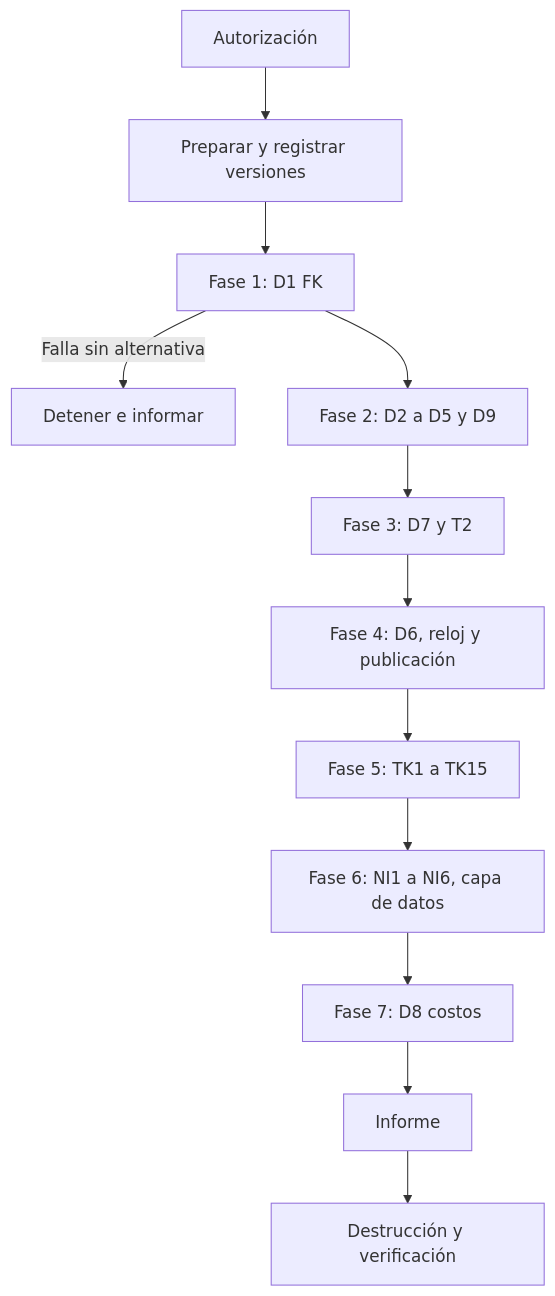
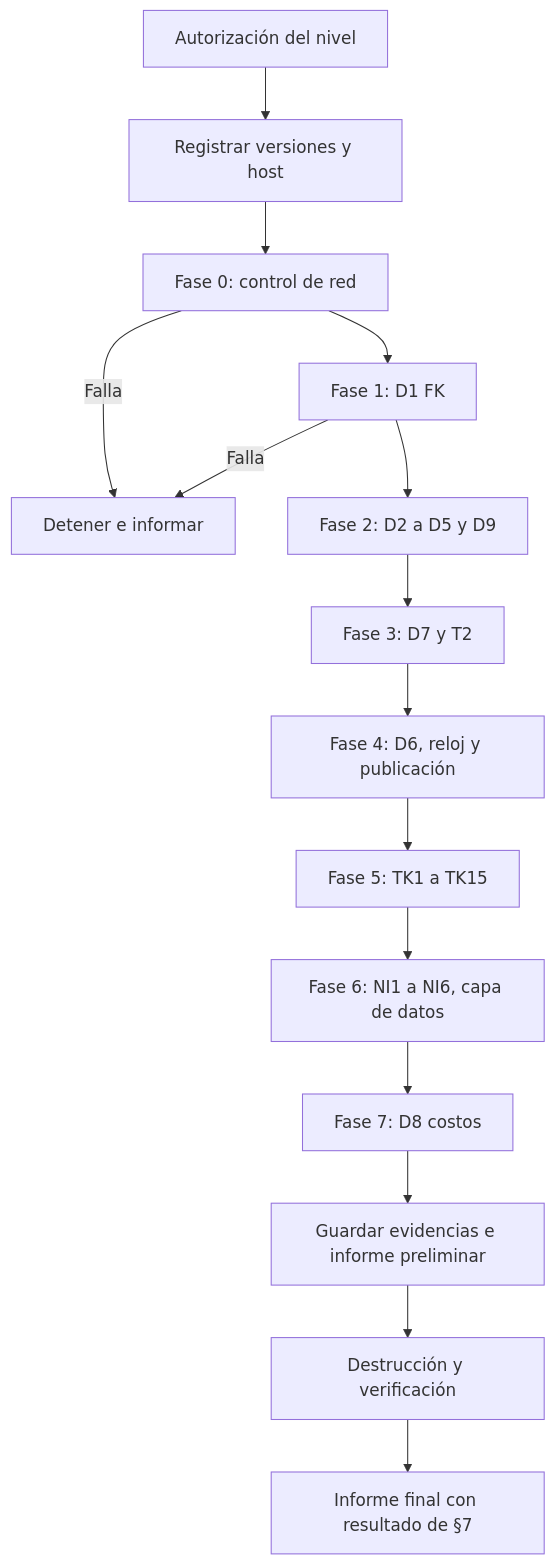
The second of 2 diagrams in docs/vortice/diseno-tecnico/11_PLAN_E0.md (juanpablomonsalvezb-alt/brkl), drawn with Mermaid before and after one commit. The commit also changed other lines of this file and 2 other files, not shown here.

First line of the commit message:
Docs E0: autorizaciones por nivel, host exacto, control de red y alcance de resultados

````diff
--- a/docs/vortice/diseno-tecnico/11_PLAN_E0.md
+++ b/docs/vortice/diseno-tecnico/11_PLAN_E0.md
@@ -84,14 +144,17 @@
 ```mermaid
 flowchart TD
-  A[Autorización] --> B[Preparar y registrar versiones]
-  B --> F1[Fase 1: D1 FK]
-  F1 -->|Falla sin alternativa| STOP[Detener e informar]
+  A[Autorización del nivel] --> B[Registrar versiones y host]
+  B --> F0[Fase 0: control de red]
+  F0 -->|Falla| STOP[Detener e informar]
+  F0 --> F1[Fase 1: D1 FK]
+  F1 -->|Falla| STOP
   F1 --> F2[Fase 2: D2 a D5 y D9]
   F2 --> F3[Fase 3: D7 y T2]
   F3 --> F4[Fase 4: D6, reloj y publicación]
   F4 --> F5[Fase 5: TK1 a TK15]
   F5 --> F6[Fase 6: NI1 a NI6, capa de datos]
   F6 --> F7[Fase 7: D8 costos]
-  F7 --> G[Informe]
+  F7 --> G[Guardar evidencias e informe preliminar]
   G --> H[Destrucción y verificación]
+  H --> I[Informe final con resultado de §7]
 ```
````
